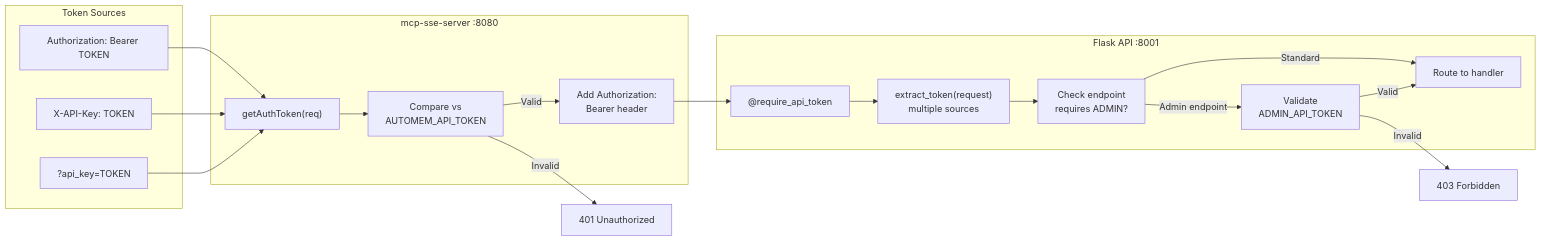
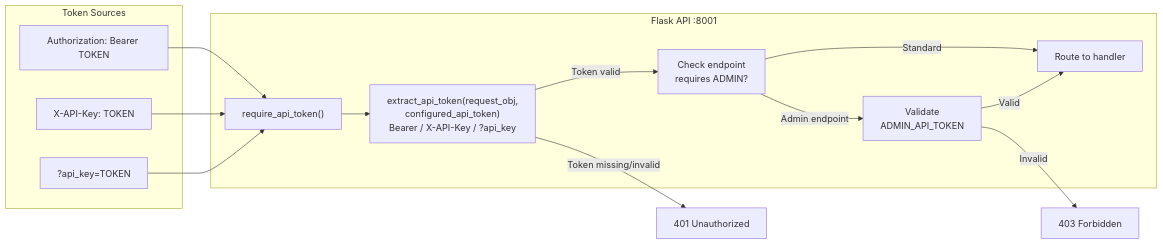
The second of 3 diagrams in src/content/docs/docs/reference/authentication.md (verygoodplugins/automem-website), drawn with Mermaid before and after one commit. The commit also changed other lines of this file, not shown here.

Commit message:
docs: fix drift in Authentication
Three concrete errors in the Full Token Validation Flow diagram, verified
against automem@ed36b98e and mcp-automem@34fcfe2b:

1. Diagram contained a "mcp-sse-server :8080" subgraph that does not exist.
   The mcp-automem NPM package is a stdio-based MCP server with no HTTP
   listener. No getAuthToken() function exists anywhere in mcp-automem.

2. getAuthToken(req) — non-existent function, removed with the subgraph.

3. extract_token(request) — wrong name; actual function in
   automem/api/auth_helpers.py is extract_api_token(request_obj,
   configured_api_token).

Also updated the caption: "both the MCP SSE server and the Flask API" →
"the Flask API authentication layer".

Open question for maintainer: was there a separate SSE bridge service (a
standalone HTTP server forwarding MCP-over-SSE to the Flask API) that has
since been removed or split into its own repo? If that component still
exists elsewhere, a separate architecture diagram showing it would be
appropriate — but it does not belong in the authentication reference since
its codebase is not mcp-automem.

https://claude.ai/code/session_01PUayxhvKwdtWFTjgwpBTsW

````diff
--- a/src/content/docs/docs/reference/authentication.md
+++ b/src/content/docs/docs/reference/authentication.md
@@ -101,39 +101,29 @@
 ```mermaid
 graph LR
     subgraph "Token Sources"
         BearerHeader["Authorization: Bearer TOKEN"]
         APIKeyHeader["X-API-Key: TOKEN"]
         QueryParam["?api_key=TOKEN"]
     end
 
-    subgraph "mcp-sse-server :8080"
-        GetAuthToken["getAuthToken(req)"]
-        ValidateToken["Compare vs<br/>AUTOMEM_API_TOKEN"]
-        AddAuthHeader["Add Authorization:<br/>Bearer header"]
-    end
-
     subgraph "Flask API :8001"
-        RequireAPIToken["@require_api_token"]
-        ExtractToken["extract_token(request)<br/>multiple sources"]
+        RequireAPIToken["require_api_token()"]
+        ExtractToken["extract_api_token(request_obj,<br/>configured_api_token)<br/>Bearer / X-API-Key / ?api_key"]
         CheckLevel["Check endpoint<br/>requires ADMIN?"]
         ValidateAdmin["Validate<br/>ADMIN_API_TOKEN"]
         ProcessRequest["Route to handler"]
     end
 
-    BearerHeader --> GetAuthToken
-    APIKeyHeader --> GetAuthToken
-    QueryParam --> GetAuthToken
+    BearerHeader --> RequireAPIToken
+    APIKeyHeader --> RequireAPIToken
+    QueryParam --> RequireAPIToken
 
-    GetAuthToken --> ValidateToken
-    ValidateToken -->|Valid| AddAuthHeader
-    ValidateToken -->|Invalid| Reject401["401 Unauthorized"]
-
-    AddAuthHeader --> RequireAPIToken
     RequireAPIToken --> ExtractToken
-    ExtractToken --> CheckLevel
+    ExtractToken -->|Token valid| CheckLevel
+    ExtractToken -->|Token missing/invalid| Reject401["401 Unauthorized"]
 
     CheckLevel -->|Standard| ProcessRequest
     CheckLevel -->|Admin endpoint| ValidateAdmin
     ValidateAdmin -->|Valid| ProcessRequest
     ValidateAdmin -->|Invalid| Reject403["403 Forbidden"]
 ```
````
